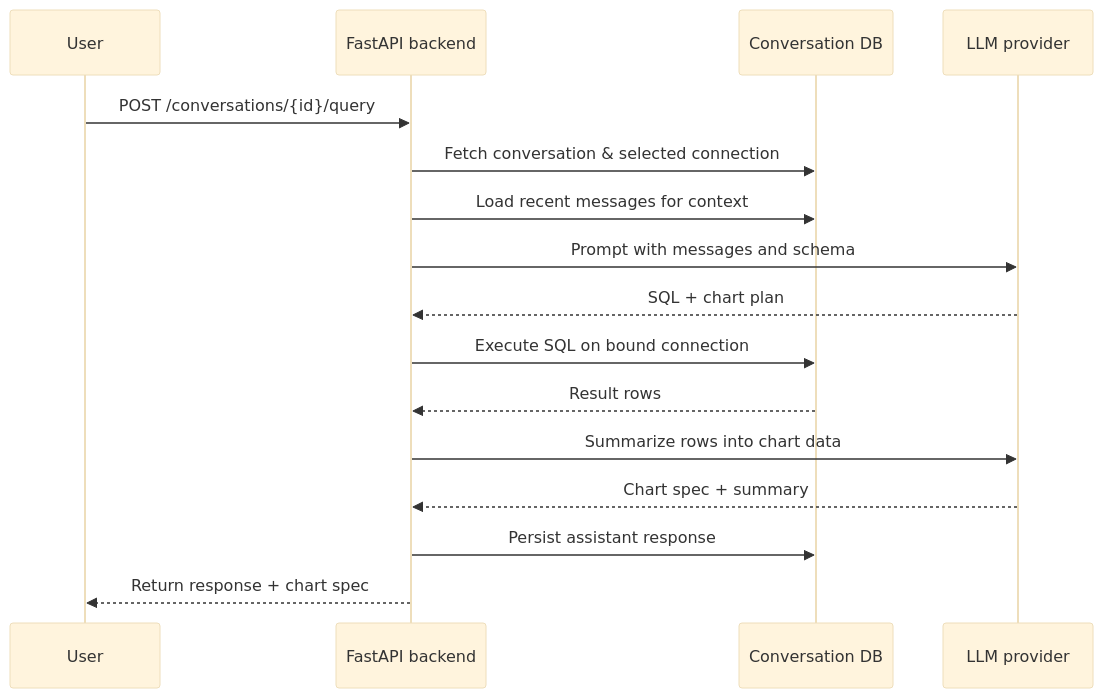
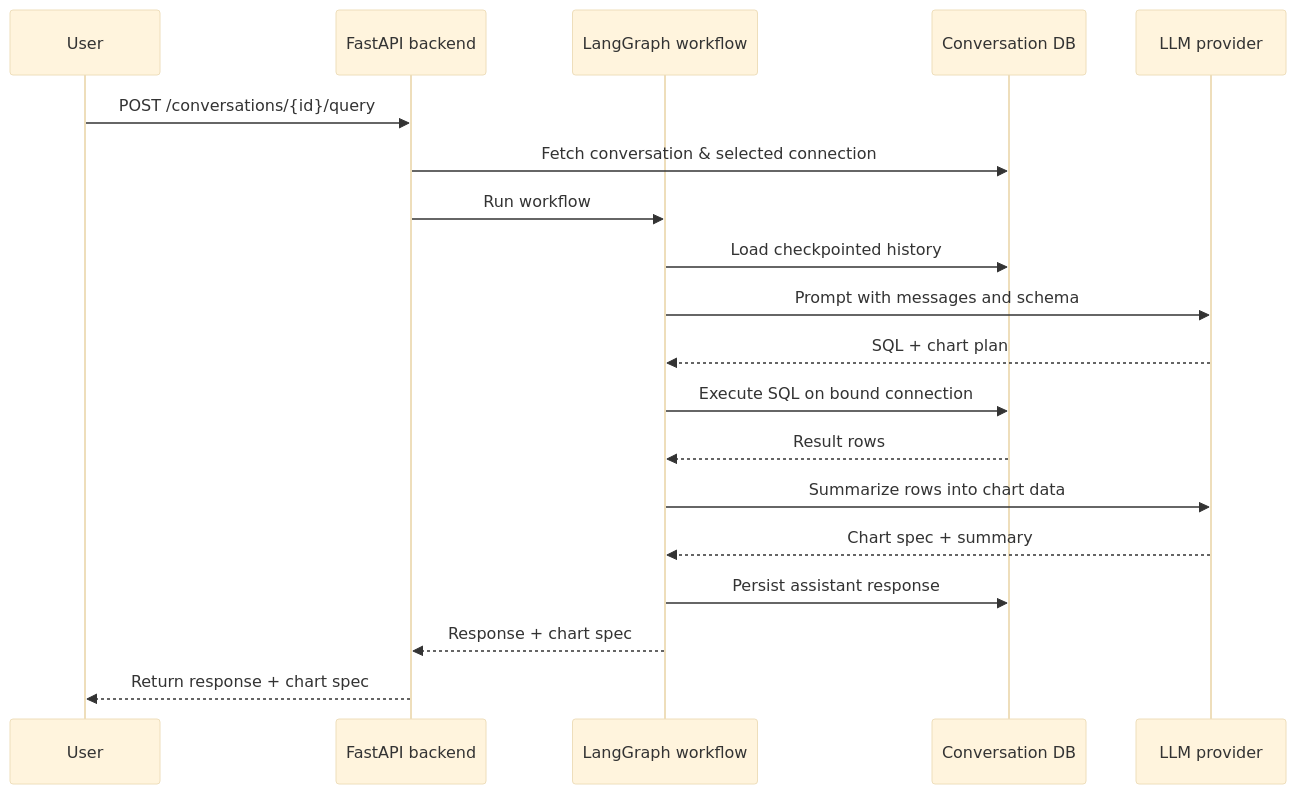
Before and after one commit to benjyongzh/llm-data-analyst: the second of 4 diagrams in README.md, drawn with Mermaid (base theme). The commit also changed other lines of this file and 10 other files, not shown here.

Commit message:
Simplify query response schema

````diff
--- a/README.md
+++ b/README.md
@@ -105,19 +122,22 @@
 ```mermaid
 sequenceDiagram
     participant U as User
     participant API as FastAPI backend
+    participant WF as LangGraph workflow
     participant DB as Conversation DB
     participant LLM as LLM provider
 
     U->>API: POST /conversations/{id}/query
     API->>DB: Fetch conversation & selected connection
-    API->>DB: Load recent messages for context
-    API->>LLM: Prompt with messages and schema
-    LLM-->>API: SQL + chart plan
-    API->>DB: Execute SQL on bound connection
-    DB-->>API: Result rows
-    API->>LLM: Summarize rows into chart data
-    LLM-->>API: Chart spec + summary
-    API->>DB: Persist assistant response
+    API->>WF: Run workflow
+    WF->>DB: Load checkpointed history
+    WF->>LLM: Prompt with messages and schema
+    LLM-->>WF: SQL + chart plan
+    WF->>DB: Execute SQL on bound connection
+    DB-->>WF: Result rows
+    WF->>LLM: Summarize rows into chart data
+    LLM-->>WF: Chart spec + summary
+    WF->>DB: Persist assistant response
+    WF-->>API: Response + chart spec
     API-->>U: Return response + chart spec
 ```
````
